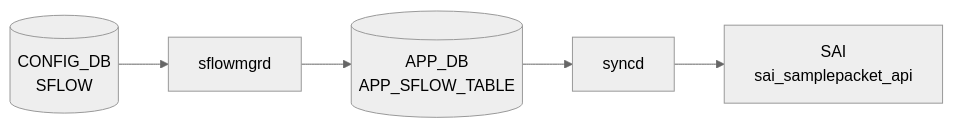
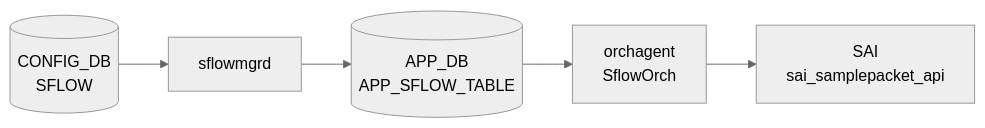
Before and after one commit to aoki-taquan/sonic-unofficial-docs: the diagram in docs/reference/config-db/sflow.md, drawn with Mermaid (neutral theme). The commit also changed 16 other files, not shown here.

````diff
--- a/docs/reference/config-db/sflow.md
+++ b/docs/reference/config-db/sflow.md
@@ -34,12 +34,12 @@
 ```mermaid
 flowchart LR
   CDB[("CONFIG_DB<br/>SFLOW")]
   DM["sflowmgrd"]
   CDB --> DM
   APPDB[("APP_DB<br/>APP_SFLOW_TABLE")]
   DM --> APPDB
-  SYNCD["syncd"]
-  APPDB --> SYNCD
+  ORCH["orchagent<br/>SflowOrch"]
+  APPDB --> ORCH
   SAI["SAI<br/>sai_samplepacket_api"]
-  SYNCD --> SAI
+  ORCH --> SAI
 ```
````
